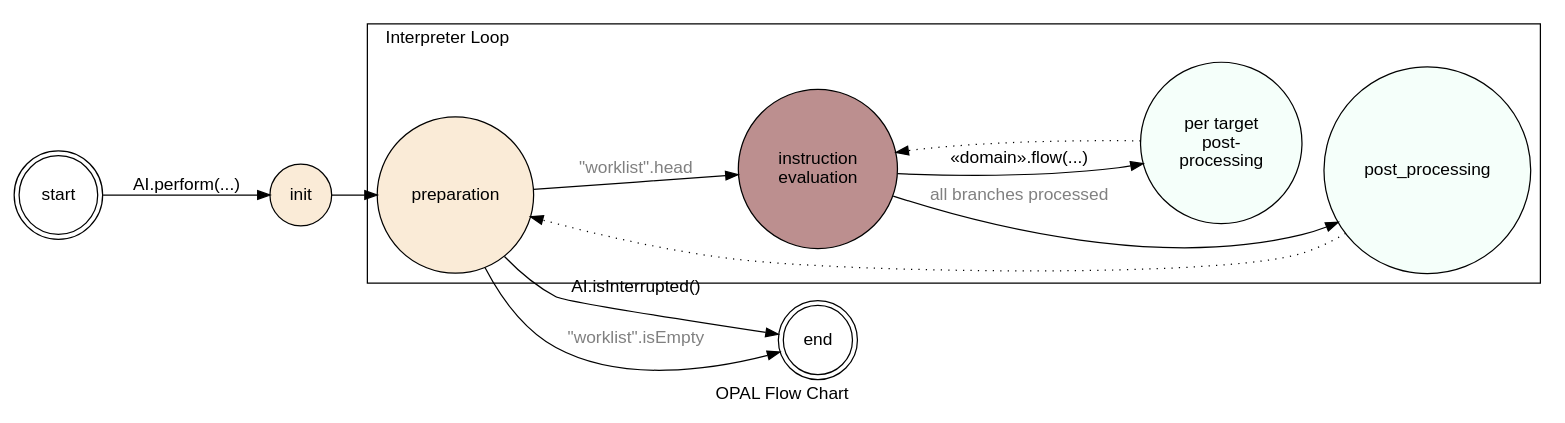
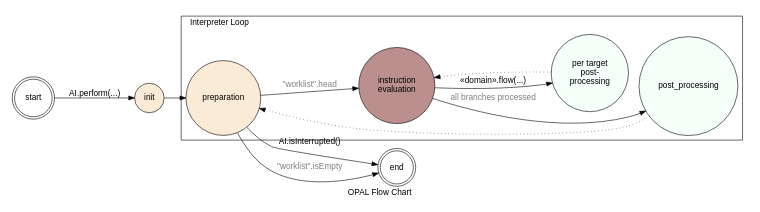
One commit to opalj/opal changed the diagram in OPAL/ai/src/main/scala/org/opalj/ai/OPAL-StateDiagram.dot. Above: the diagram before and after it, drawn with Graphviz.

Commit message:
added some DPI settings

```diff
--- a/OPAL/ai/src/main/scala/org/opalj/ai/OPAL-StateDiagram.dot
+++ b/OPAL/ai/src/main/scala/org/opalj/ai/OPAL-StateDiagram.dot
@@ -1,43 +1,44 @@
 # STATE DIAGRAM FOR OPAL AI
 
 digraph OPAL {
 	compound=true;
 	fontname=Helvetica;
+	dpi=50;
 	node [shape=circle];
 	node [fontname=Helvetica];
 	edge [fontname=Helvetica];
 
 	rankdir = LR;
 	{rank = source; start;};
 	{rank = sink; end;};
 
 	subgraph cluster_interpretation {
 
 		//rankdir = LR;
 		//{rank = source; preparation;};
 		{rank = sink; post_processing;}
 	 	preparation -> evaluation [label="\"worklist\".head",fontcolor="gray"];
 		evaluation -> propagation [label="«domain».flow(...)"];
 		propagation -> evaluation [style=dotted];
 		evaluation -> post_processing [label="all branches processed",fontcolor="gray"];
 		post_processing -> preparation [style=dotted];
 
 		evaluation [label="instruction\nevaluation",style=filled,fillcolor=rosybrown];
 		propagation [label="per target\n post-\nprocessing",style=filled,fillcolor=mintcream];
 		preparation [style=filled,fillcolor=antiquewhite];
 		post_processing [style=filled,fillcolor=mintcream];
 
 		label="Interpreter Loop";
 		labeljust=l;
 	 }
 
 	 preparation -> end [label="AI.isInterrupted()"]
 	 preparation -> end [label="\"worklist\".isEmpty",fontcolor="gray"]
 	 start -> init [label="AI.perform(...)"];
 	 init -> preparation;
 
    init [style=filled,fillcolor=antiquewhite];
 	 start [shape=doublecircle];
 	 end [shape=doublecircle];
 	 label = "OPAL Flow Chart";
  }
```
